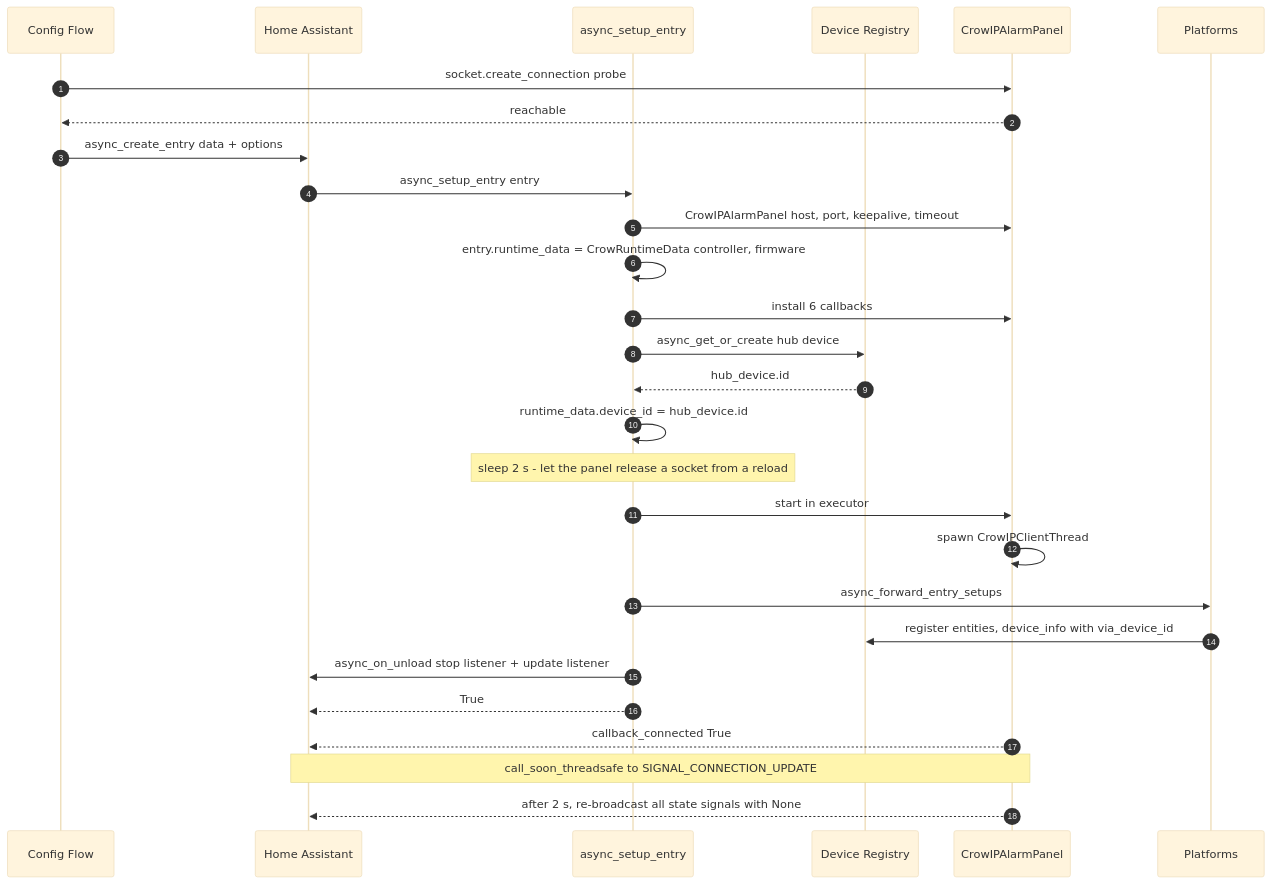
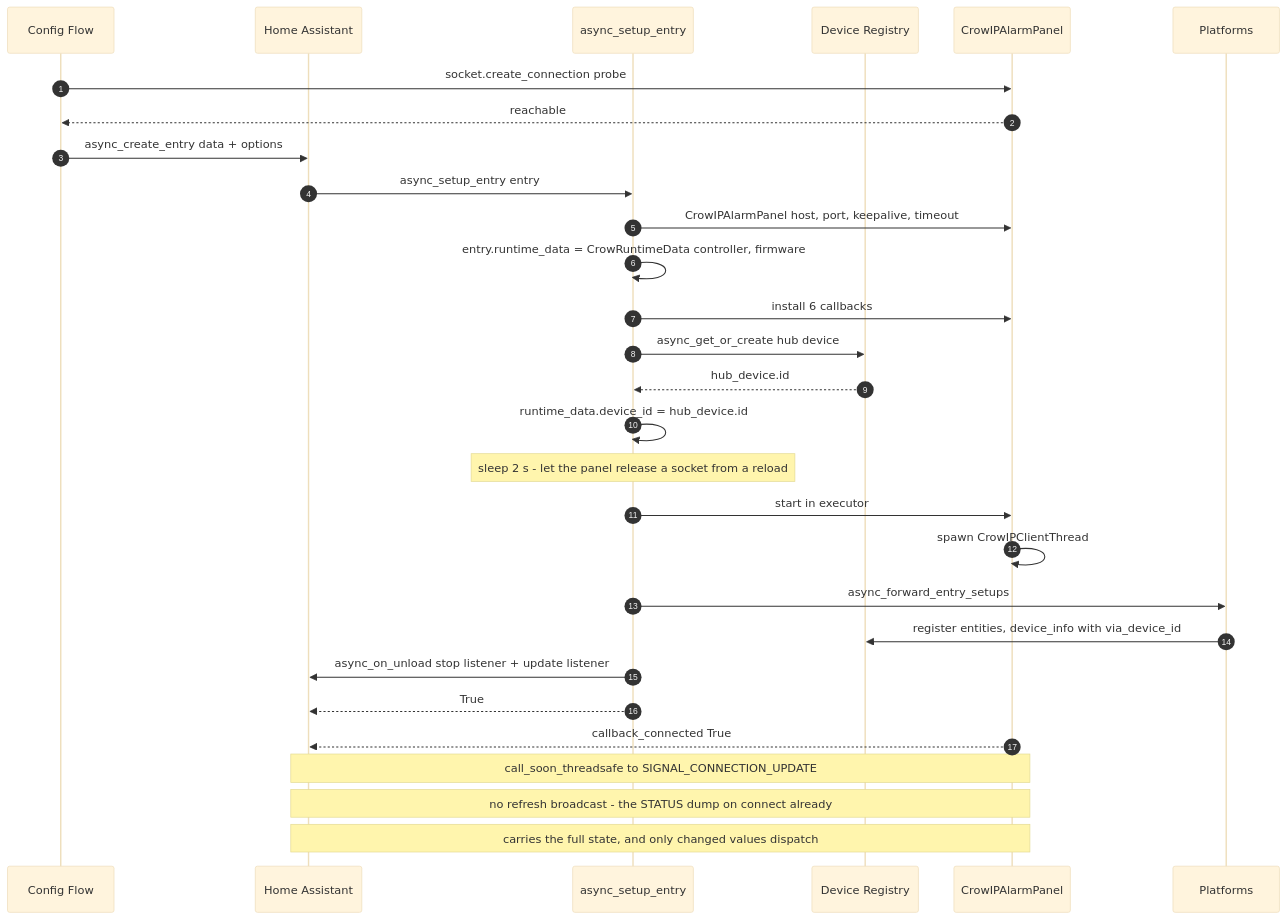
The second of 13 diagrams in docs/WORKFLOWS.md (acdcnow/Crow-AAP-Alarm-System-for-Home-Assistant), drawn with Mermaid (base theme) before and after one commit. The commit also changed other lines of this file and 23 other files, not shown here.

````diff
--- a/docs/WORKFLOWS.md
+++ b/docs/WORKFLOWS.md
@@ -43,34 +43,35 @@
 ```mermaid
 sequenceDiagram
     autonumber
     participant CF as Config Flow
     participant HA as Home Assistant
     participant Init as async_setup_entry
     participant DR as Device Registry
     participant Panel as CrowIPAlarmPanel
     participant Plat as Platforms
 
     CF->>Panel: socket.create_connection probe
     Panel-->>CF: reachable
     CF->>HA: async_create_entry data + options
     HA->>Init: async_setup_entry entry
 
     Init->>Panel: CrowIPAlarmPanel host, port, keepalive, timeout
     Init->>Init: entry.runtime_data = CrowRuntimeData controller, firmware
     Init->>Panel: install 6 callbacks
     Init->>DR: async_get_or_create hub device
     DR-->>Init: hub_device.id
     Init->>Init: runtime_data.device_id = hub_device.id
     Note over Init: sleep 2 s - let the panel release a socket from a reload
     Init->>Panel: start in executor
     Panel->>Panel: spawn CrowIPClientThread
 
     Init->>Plat: async_forward_entry_setups
     Plat->>DR: register entities, device_info with via_device_id
     Init->>HA: async_on_unload stop listener + update listener
     Init-->>HA: True
 
     Panel-->>HA: callback_connected True
     Note over Panel,HA: call_soon_threadsafe to SIGNAL_CONNECTION_UPDATE
-    Panel-->>HA: after 2 s, re-broadcast all state signals with None
+    Note over Panel,HA: no refresh broadcast - the STATUS dump on connect already
+    Note over Panel,HA: carries the full state, and only changed values dispatch
 ```
````
